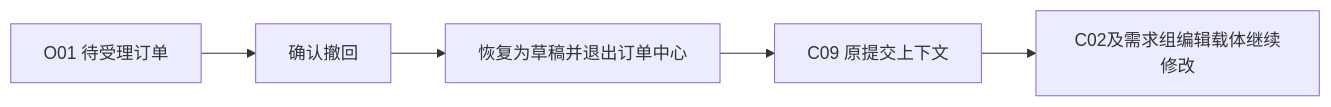
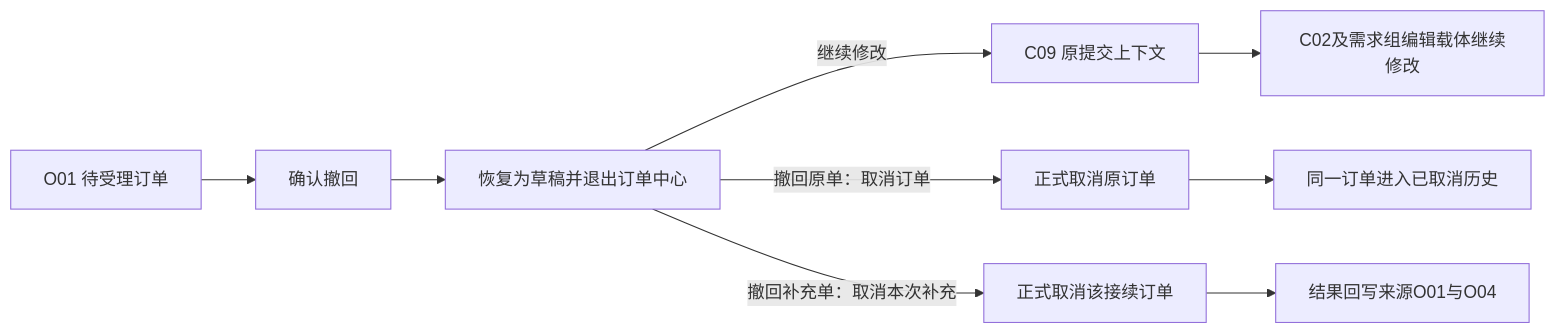
One commit to Jimokov/orthoflow-erp changed the ninth of 19 diagrams in modules/APP-手术通知/03-设计池/02-手术通知APP页面流程-v0.5.md. Above: the diagram before and after it, drawn with Mermaid. The commit also changed other lines of this file and 19 other files, not shown here.

````diff
--- a/modules/APP-手术通知/03-设计池/02-手术通知APP页面流程-v0.5.md
+++ b/modules/APP-手术通知/03-设计池/02-手术通知APP页面流程-v0.5.md
@@ -268,7 +303,11 @@
 ```mermaid
 flowchart LR
     O01["O01 待受理订单"] --> CONFIRM["确认撤回"]
     CONFIRM --> DRAFT["恢复为草稿并退出订单中心"]
-    DRAFT --> C09["C09 原提交上下文"]
+    DRAFT -->|继续修改| C09["C09 原提交上下文"]
     C09 --> EDIT["C02及需求组编辑载体继续修改"]
+    DRAFT -->|撤回原单：取消订单| CANCEL_ORDER["正式取消原订单"]
+    DRAFT -->|撤回补充单：取消本次补充| CANCEL_SUP["正式取消该接续订单"]
+    CANCEL_ORDER --> HISTORY["同一订单进入已取消历史"]
+    CANCEL_SUP --> O01B["结果回写来源O01与O04"]
 ```
````
